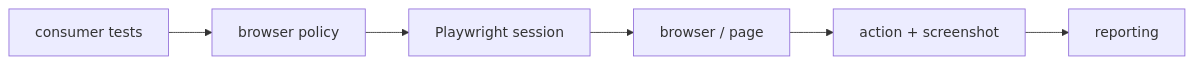
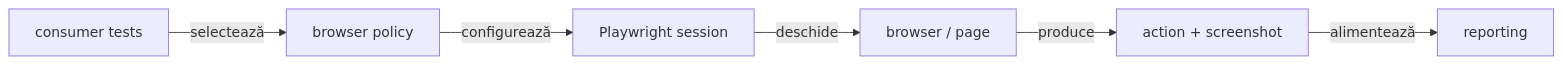
Before and after one commit to crististefanita/demo2: the diagram in atf-ui/README.md, drawn with Mermaid. The commit also changed other lines of this file and 102 other files, not shown here.

````diff
--- a/atf-ui/README.md
+++ b/atf-ui/README.md
@@ -18,8 +18,8 @@
 ```mermaid
 flowchart LR
-    Tests[consumer tests] --> Config[browser policy]
-    Config --> Session[Playwright session]
-    Session --> Browser[browser / page]
-    Browser --> Evidence[action + screenshot]
-    Evidence --> Reporting[reporting]
+    Tests[consumer tests] -->|selectează| Config[browser policy]
+    Config -->|configurează| Session[Playwright session]
+    Session -->|deschide| Browser[browser / page]
+    Browser -->|produce| Evidence[action + screenshot]
+    Evidence -->|alimentează| Reporting[reporting]
 ```
````
